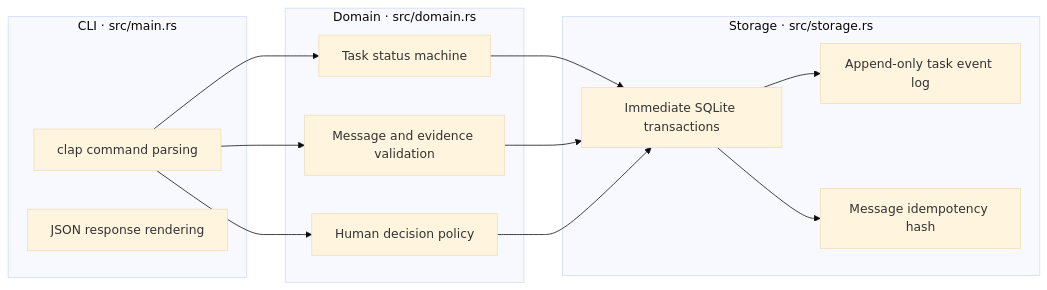
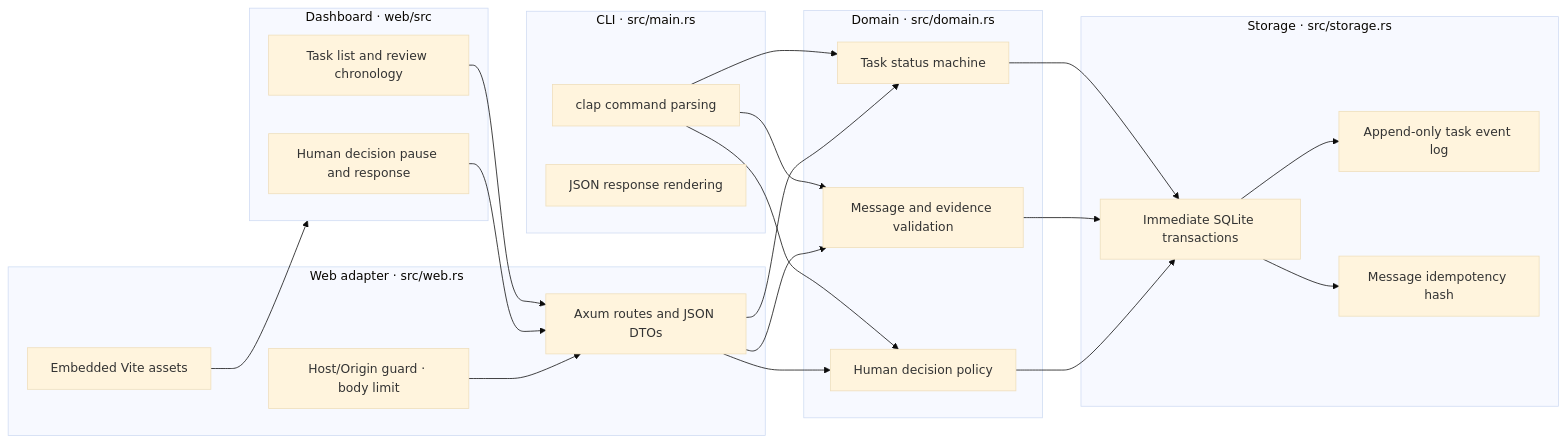
The third of 3 diagrams in docs/architecture/C4.md (CyberStill-GmbH/codexpt), drawn with Mermaid (base theme) before and after one commit. The commit also changed other lines of this file and 66 other files, not shown here.

Commit message:
feat(web): add local review dashboard MVP

````diff
--- a/docs/architecture/C4.md
+++ b/docs/architecture/C4.md
@@ -47,25 +51,41 @@
 ```mermaid
 flowchart LR
     subgraph CLI["CLI · src/main.rs"]
       Args["clap command parsing"]
       Json["JSON response rendering"]
     end
+    subgraph Web["Web adapter · src/web.rs"]
+      Routes["Axum routes and JSON DTOs"]
+      Guard["Host/Origin guard · body limit"]
+      Static["Embedded Vite assets"]
+    end
+    subgraph UI["Dashboard · web/src"]
+      Review["Task list and review chronology"]
+      HumanDecisionUI["Human decision pause and response"]
+    end
     subgraph Domain["Domain · src/domain.rs"]
       Task["Task status machine"]
       Msg["Message and evidence validation"]
-      Decision["Human decision policy"]
+      DecisionPolicy["Human decision policy"]
     end
     subgraph Storage["Storage · src/storage.rs"]
       Tx["Immediate SQLite transactions"]
       Events["Append-only task event log"]
       Idem["Message idempotency hash"]
     end
     Args --> Task
     Args --> Msg
-    Args --> Decision
+    Args --> DecisionPolicy
     Task --> Tx
     Msg --> Tx
-    Decision --> Tx
+    DecisionPolicy --> Tx
+    Review --> Routes
+    HumanDecisionUI --> Routes
+    Guard --> Routes
+    Static --> UI
+    Routes --> Task
+    Routes --> Msg
+    Routes --> DecisionPolicy
     Tx --> Events
     Tx --> Idem
 ```
````
